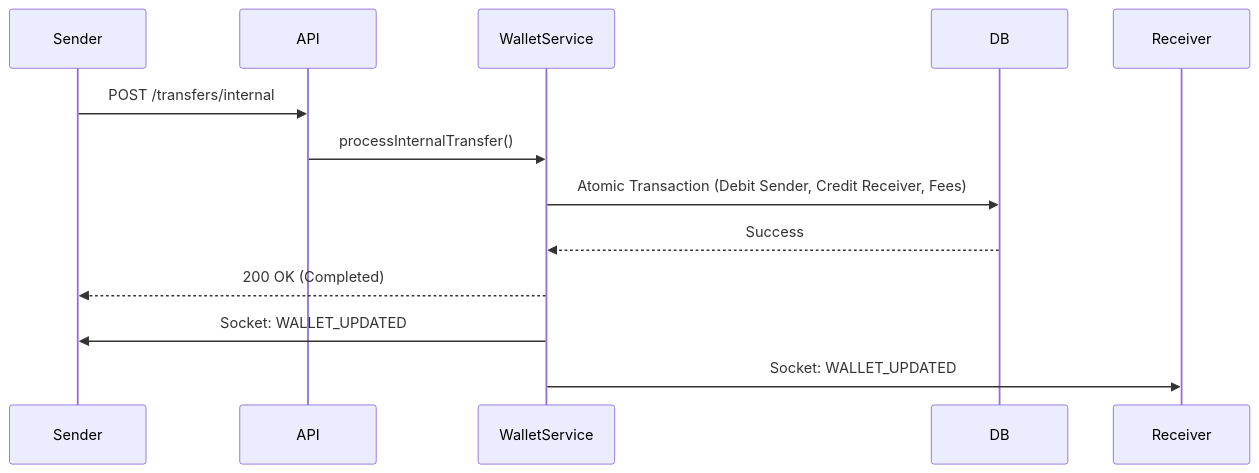
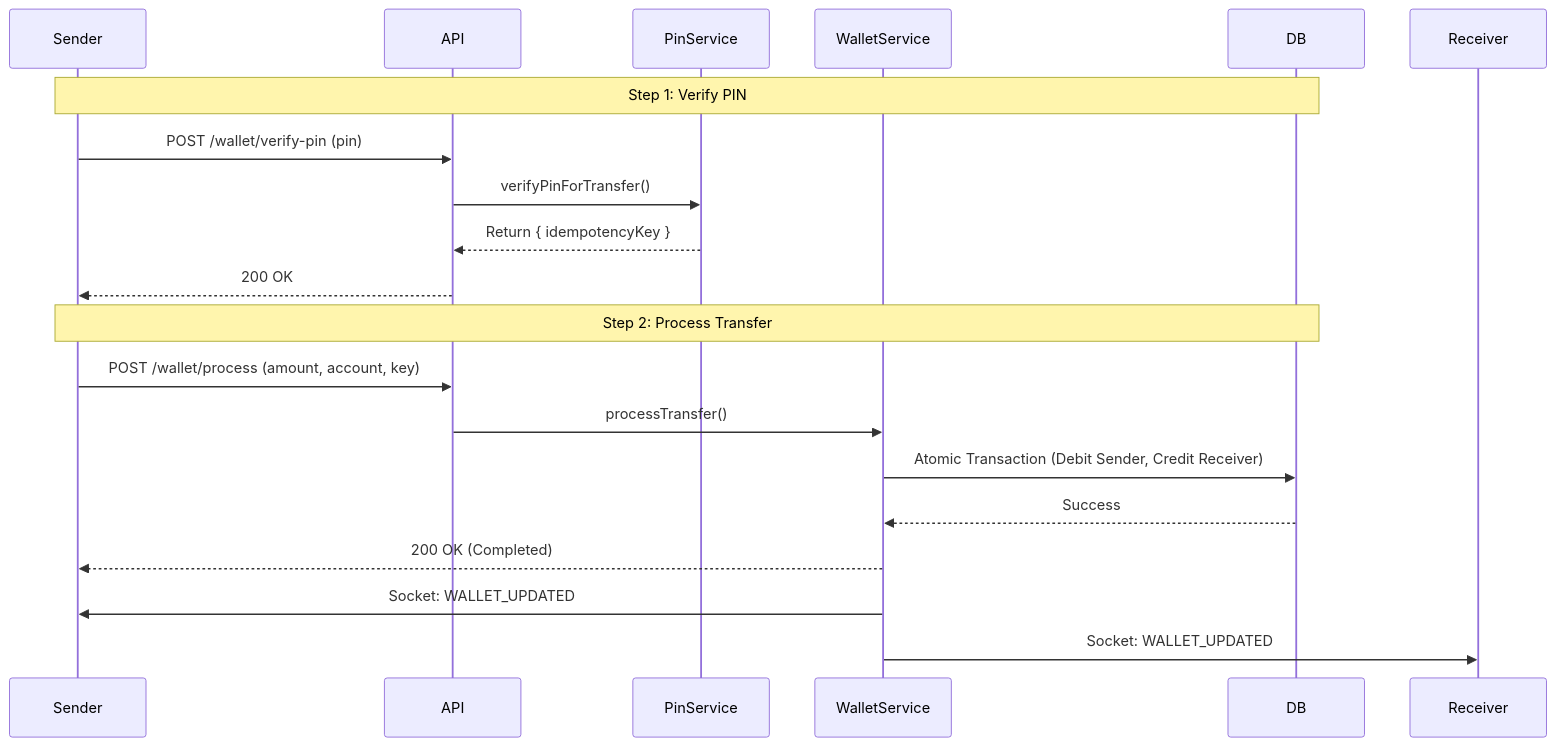
The first of 2 diagrams in docs/modules/wallet.md (codepraycode/swaplink-server), drawn with Mermaid before and after one commit. The commit also changed other lines of this file, not shown here.

Commit message:
feat: Introduce 2-step transfer flow with PIN verification, idempotency keys, and new API endpoints for PIN, beneficiaries, transactions, and an enhanced Globus webhook.

````diff
--- a/docs/modules/wallet.md
+++ b/docs/modules/wallet.md
@@ -32,15 +41,23 @@
 ```mermaid
 sequenceDiagram
     participant Sender
     participant API
+    participant PinService
     participant WalletService
     participant DB
 
-    Sender->>API: POST /transfers/internal
-    API->>WalletService: processInternalTransfer()
-    WalletService->>DB: Atomic Transaction (Debit Sender, Credit Receiver, Fees)
+    Note over Sender, DB: Step 1: Verify PIN
+    Sender->>API: POST /wallet/verify-pin (pin)
+    API->>PinService: verifyPinForTransfer()
+    PinService-->>API: Return { idempotencyKey }
+    API-->>Sender: 200 OK
+
+    Note over Sender, DB: Step 2: Process Transfer
+    Sender->>API: POST /wallet/process (amount, account, key)
+    API->>WalletService: processTransfer()
+    WalletService->>DB: Atomic Transaction (Debit Sender, Credit Receiver)
     DB-->>WalletService: Success
     WalletService-->>Sender: 200 OK (Completed)
     WalletService->>Sender: Socket: WALLET_UPDATED
     WalletService->>Receiver: Socket: WALLET_UPDATED
 ```
````
